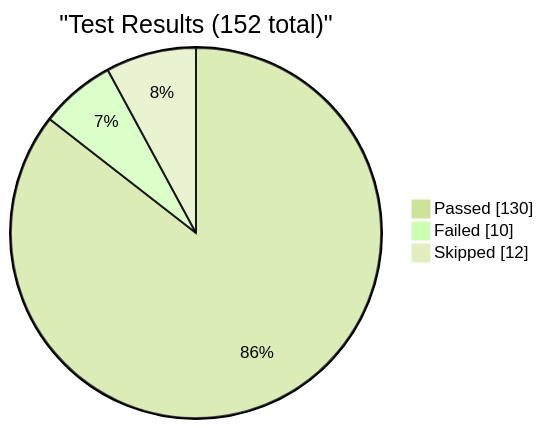
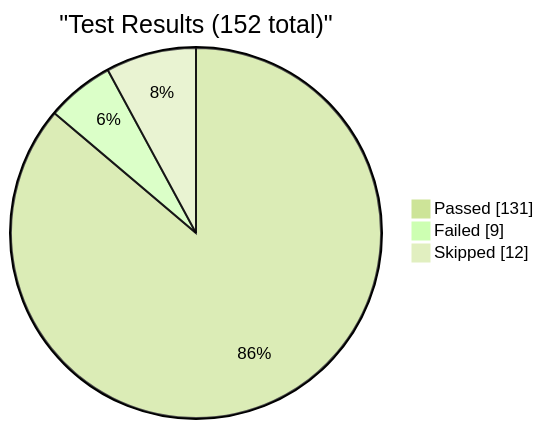
One commit to EliteaAI/onetest-ai-tm-Elitea changed the first of 4 diagrams in reports/dashboard.md. Above: the diagram before and after it, drawn with Mermaid (forest theme). The commit also changed other lines of this file and 1 other file, not shown here.

Commit message:
dashboard: update test metrics for RUN-ELITEA-2026-08-22-44-DEV-STABLE-ALL-SCHEDULED-FAILED

````diff
--- a/reports/dashboard.md
+++ b/reports/dashboard.md
@@ -9,7 +9,7 @@
 ```mermaid
 pie showData
     title "Test Results (152 total)"
-    "Passed" : 130
-    "Failed" : 10
+    "Passed" : 131
+    "Failed" : 9
     "Skipped" : 12
 ```
````
